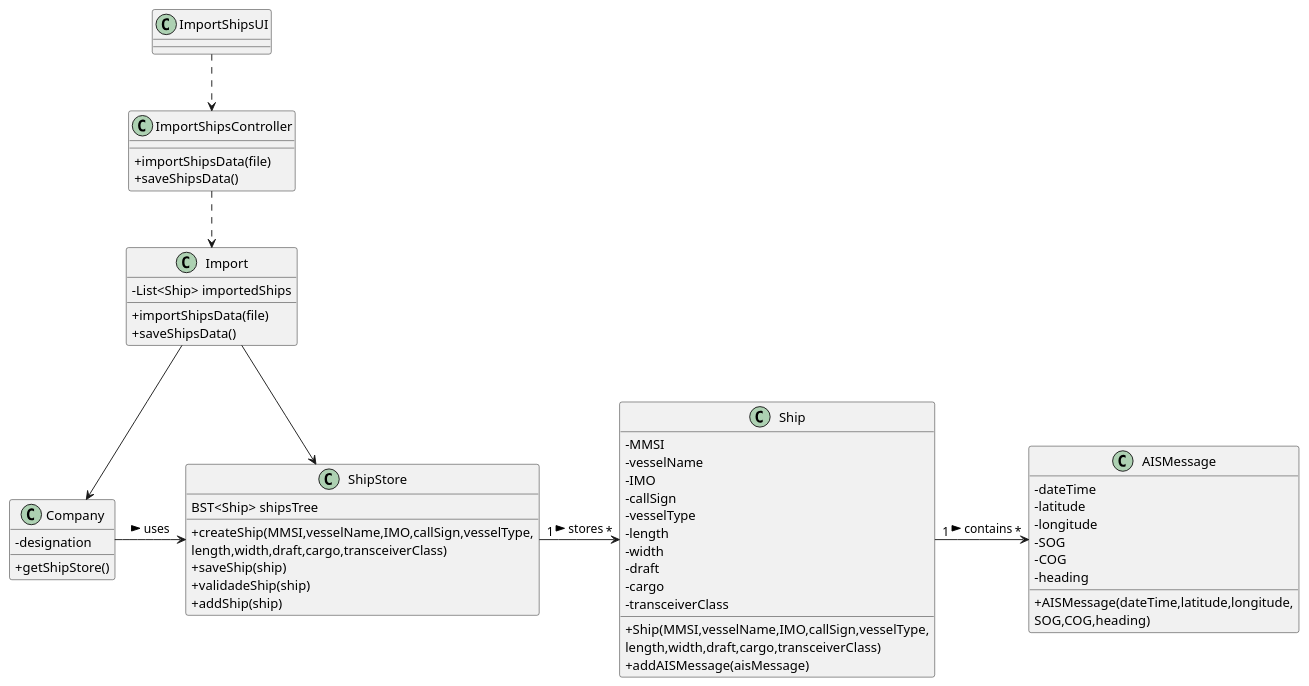
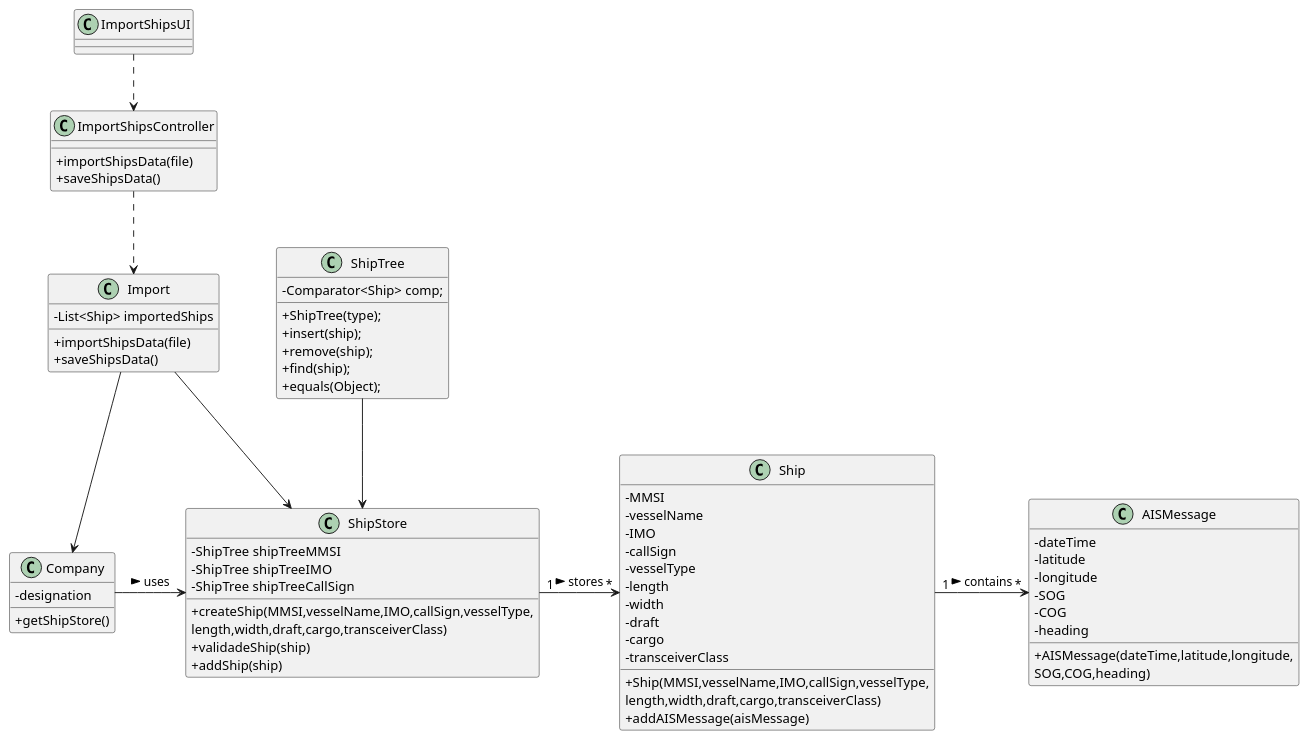
Before and after one commit to mpoboas/lapr3-2021-g102: the diagram in docs/Sprint1/US101/US101_CD.puml, drawn with PlantUML. The commit also changed 5 other files, not shown here.

Commit message:
Added the shipTree class to some diagrams

```diff
--- a/docs/Sprint1/US101/US101_CD.puml
+++ b/docs/Sprint1/US101/US101_CD.puml
@@ -1,64 +1,75 @@
 @startuml
 skinparam classAttributeIconSize 0
 
 class Company {
 -designation
 +getShipStore()
 }
 class ImportShipsController {
 +importShipsData(file)
 +saveShipsData()
 }
 
 class ImportShipsUI {
 }
 
 class Import{
 -List<Ship> importedShips
 +importShipsData(file)
 +saveShipsData()
 }
 
 class ShipStore{
-BST<Ship> shipsTree
+-ShipTree shipTreeMMSI
+-ShipTree shipTreeIMO
+-ShipTree shipTreeCallSign
 +createShip(MMSI,vesselName,IMO,callSign,vesselType,\nlength,width,draft,cargo,transceiverClass)
-+saveShip(ship)
 +validadeShip(ship)
 +addShip(ship)
 }
 
 class Ship{
 -MMSI
 -vesselName
 -IMO
 -callSign
 -vesselType
 -length
 -width
 -draft
 -cargo
 -transceiverClass
 +Ship(MMSI,vesselName,IMO,callSign,vesselType,\nlength,width,draft,cargo,transceiverClass)
 +addAISMessage(aisMessage)
 }
 
 class AISMessage{
 -dateTime
 -latitude
 -longitude
 -SOG
 -COG
 -heading
 +AISMessage(dateTime,latitude,longitude,\nSOG,COG,heading)
 }
+class ShipTree{
+-Comparator<Ship> comp;
++ShipTree(type);
++insert(ship);
++remove(ship);
++find(ship);
++equals(Object);
+}
 
 ImportShipsUI ..> ImportShipsController
 ImportShipsController ..> Import
 Import --> Company
 Import -> ShipStore
 Company -> ShipStore : uses >
 ShipStore "1" ->  "*" Ship: stores >
 Ship "1" -> "*" AISMessage: contains >
 
+ShipTree --> ShipStore
+
 
 @enduml
```
